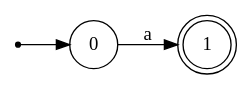
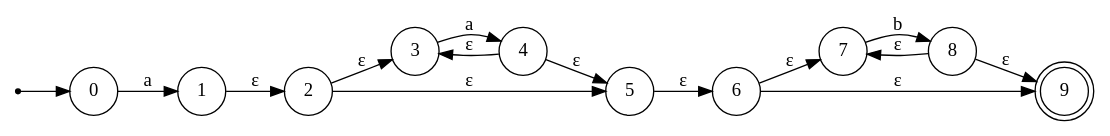
The diagram in lab2/nfa.dot (konstantin2506/automata_theory), drawn with Graphviz before and after one commit. The commit also changed 10 other files, not shown here.

```diff
--- a/lab2/nfa.dot
+++ b/lab2/nfa.dot
@@ -1,9 +1,29 @@
 digraph NFA {
     rankdir=LR;
     node [shape=circle];
     start [shape=point];
     0 [label="0"];
-    1 [label="1", shape=doublecircle];
+    1 [label="1"];
+    2 [label="2"];
+    3 [label="3"];
+    4 [label="4"];
+    5 [label="5"];
+    6 [label="6"];
+    7 [label="7"];
+    8 [label="8"];
+    9 [label="9", shape=doublecircle];
+    8 -> 9 [label="ε"];
+    8 -> 7 [label="ε"];
+    7 -> 8 [label="b"];
+    6 -> 7 [label="ε"];
+    6 -> 9 [label="ε"];
+    5 -> 6 [label="ε"];
+    4 -> 5 [label="ε"];
+    4 -> 3 [label="ε"];
+    3 -> 4 [label="a"];
+    2 -> 3 [label="ε"];
+    2 -> 5 [label="ε"];
+    1 -> 2 [label="ε"];
     0 -> 1 [label="a"];
     start -> 0;
 }
```
